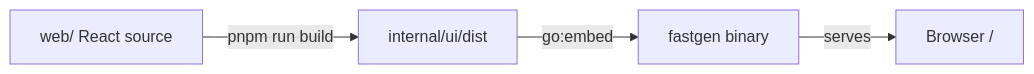
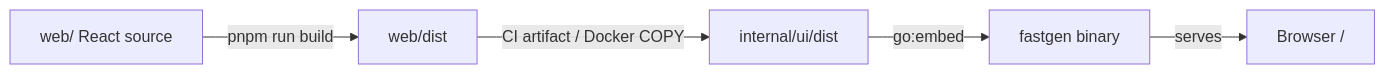
One commit to aurum-alpha/gofast changed the second of 2 diagrams in docs/ARCHITECTURE.md. Above: the diagram before and after it, drawn with Mermaid. The commit also changed other lines of this file and 5 other files, not shown here.

First line of the commit message:
web: build with the shared node build job

````diff
--- a/docs/ARCHITECTURE.md
+++ b/docs/ARCHITECTURE.md
@@ -71,6 +71,7 @@
 ```mermaid
 flowchart LR
-  webSrc["web/ React source"] -->|pnpm run build| dist["internal/ui/dist"]
+  webSrc["web/ React source"] -->|pnpm run build| built["web/dist"]
+  built -->|CI artifact / Docker COPY| dist["internal/ui/dist"]
   dist -->|go:embed| fastgenBin["fastgen binary"]
   fastgenBin -->|serves| browser["Browser /"]
 ```
````
